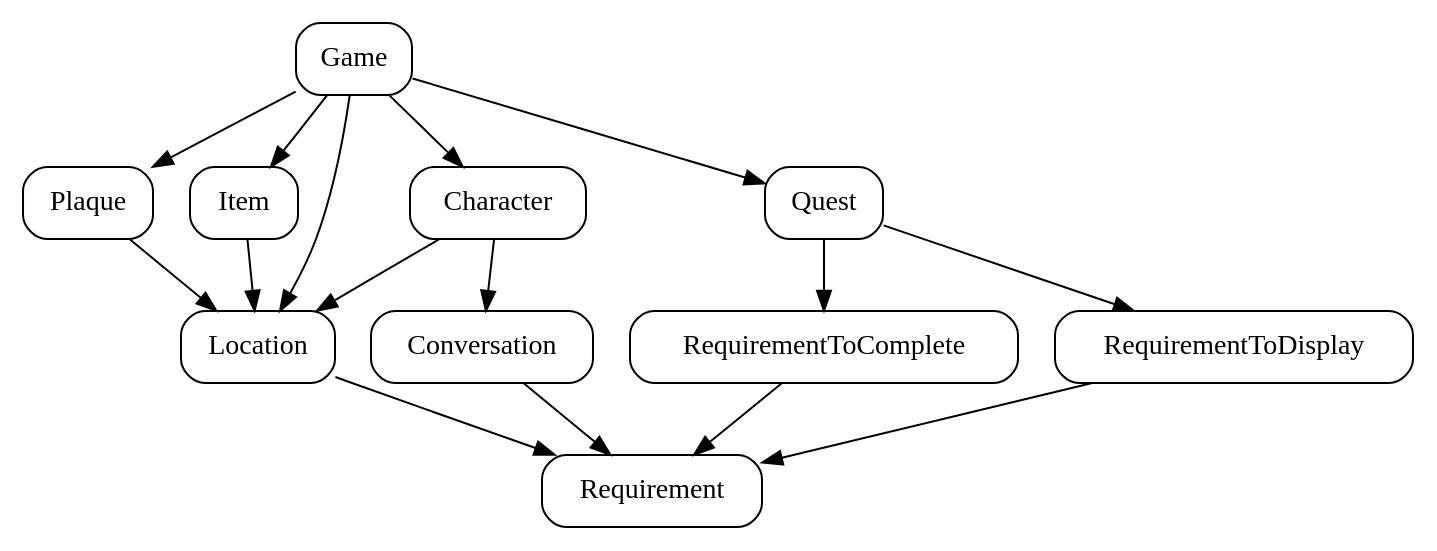
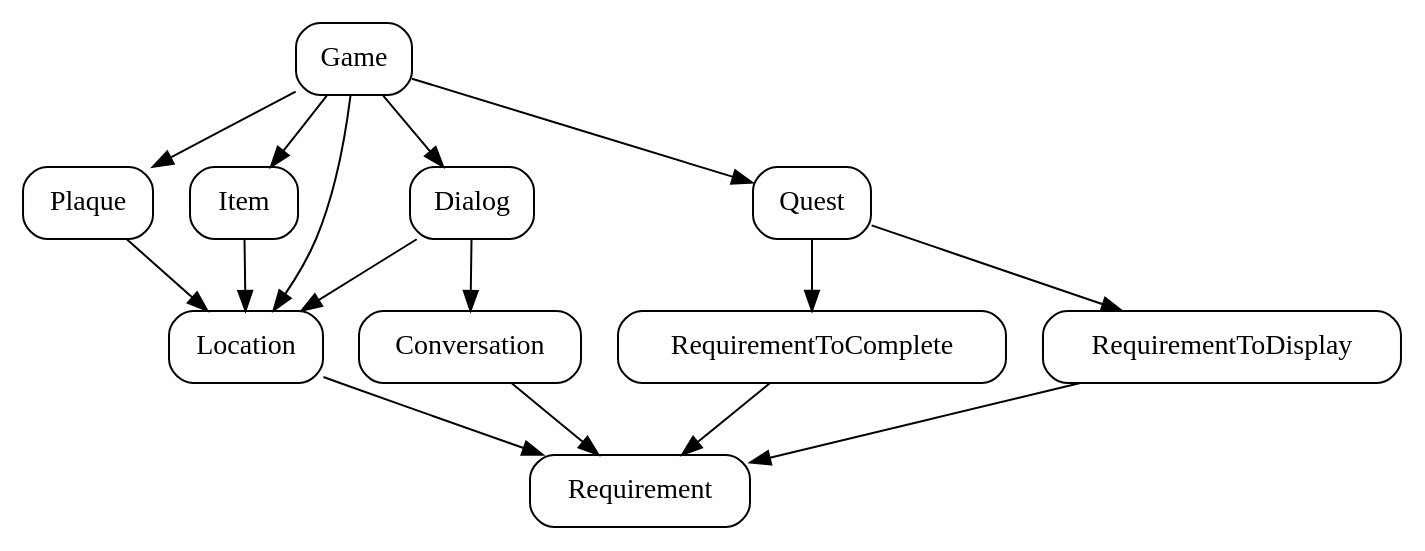
One commit to ARISGames/jsEditor changed the diagram in docs/associations.dot. Above: the diagram before and after it, drawn with Graphviz. The commit also changed 20 other files, not shown here.

Commit message:
Rename all instances of npc/character to dialog

```diff
--- a/docs/associations.dot
+++ b/docs/associations.dot
@@ -1,24 +1,24 @@
 digraph G {
 
 	node [
 		style = "rounded"
 		shape = "box"
 	];
 
 	Game->Plaque;
-	Game->Character;
+	Game->Dialog;
 	Game->Item;
 	Game->Quest;
 	Game->Location;
 
 	Plaque->Location;
-	Character->Location;
+	Dialog->Location;
 	Item->Location;
 
-	Character->Conversation;
+	Dialog->Conversation;
 
 	Location->Requirement;
 	Conversation->Requirement;
 	Quest->RequirementToComplete->Requirement;
 	Quest->RequirementToDisplay->Requirement;
 }
```
